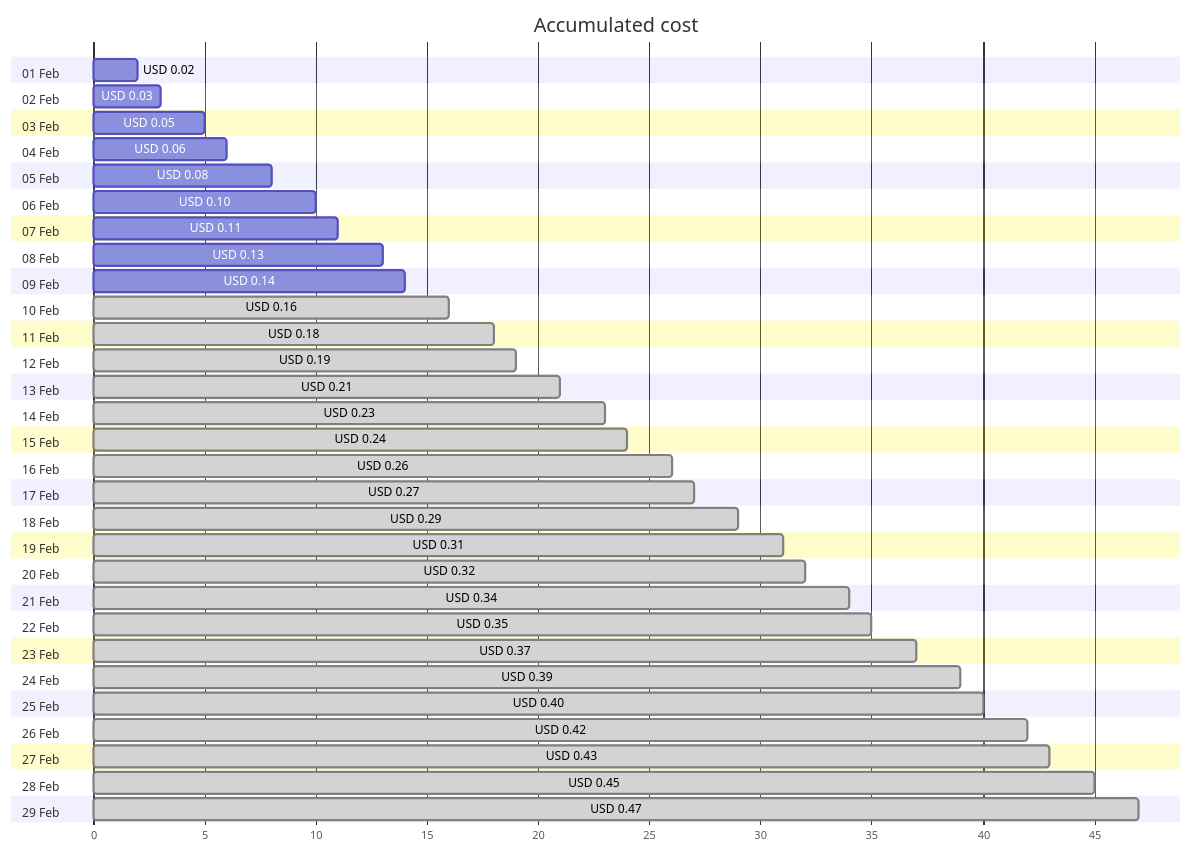
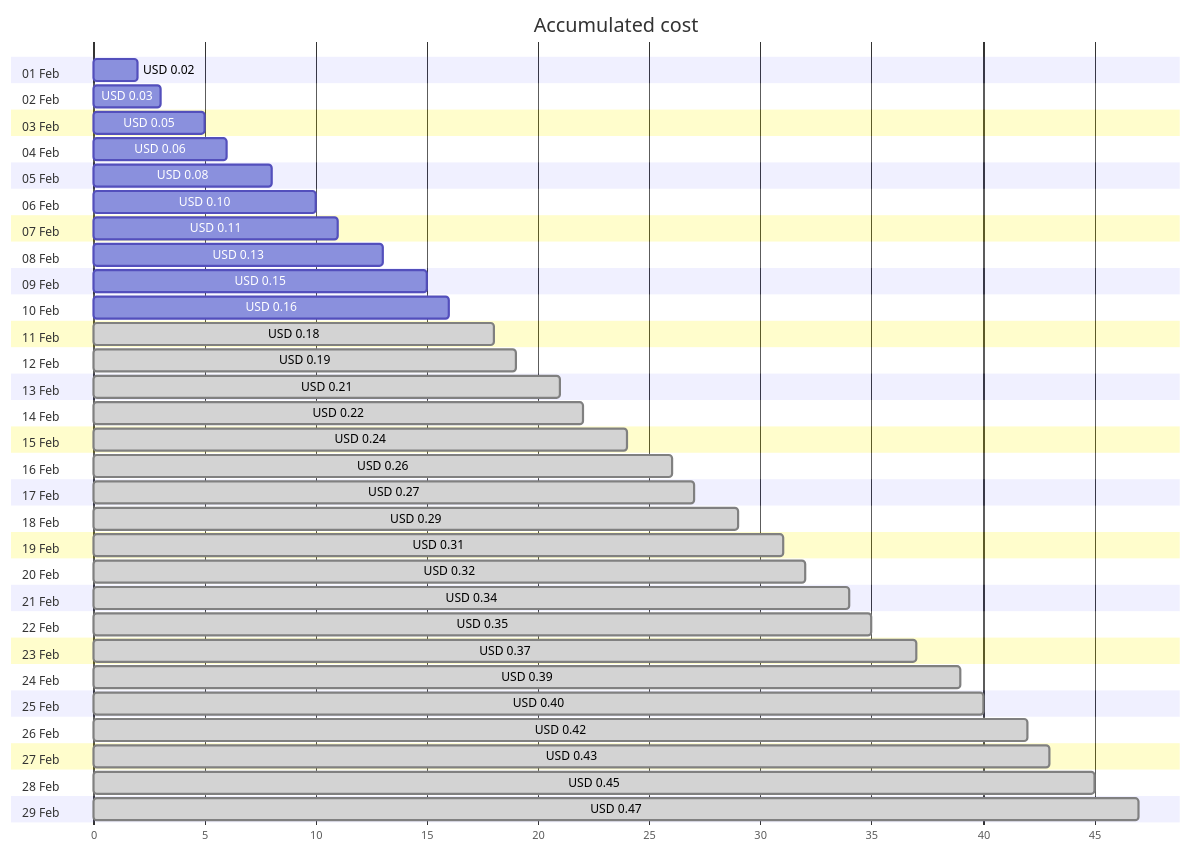
Before and after one commit to jpfulton/azure-personal-reports: the first of 4 diagrams in cost-reports/personal-network/private.jpatrickfulton.com.md, drawn with Mermaid. The commit also changed other lines of this file and 8 other files, not shown here.

````diff
--- a/cost-reports/personal-network/private.jpatrickfulton.com.md
+++ b/cost-reports/personal-network/private.jpatrickfulton.com.md
@@ -20,64 +20,64 @@
 ```mermaid
 gantt
    title Accumulated cost
    dateFormat  X
    axisFormat %s
    section 01 Feb
    USD 0.02 :0, 2
    section 02 Feb
    USD 0.03 :0, 3
    section 03 Feb
    USD 0.05 :0, 5
    section 04 Feb
    USD 0.06 :0, 6
    section 05 Feb
    USD 0.08 :0, 8
    section 06 Feb
    USD 0.10 :0, 10
    section 07 Feb
    USD 0.11 :0, 11
    section 08 Feb
    USD 0.13 :0, 13
    section 09 Feb
-   USD 0.14 :0, 14
+   USD 0.15 :0, 15
    section 10 Feb
-   USD 0.16 : done, 0, 16
+   USD 0.16 :0, 16
    section 11 Feb
    USD 0.18 : done, 0, 18
    section 12 Feb
    USD 0.19 : done, 0, 19
    section 13 Feb
    USD 0.21 : done, 0, 21
    section 14 Feb
-   USD 0.23 : done, 0, 23
+   USD 0.22 : done, 0, 22
    section 15 Feb
    USD 0.24 : done, 0, 24
    section 16 Feb
    USD 0.26 : done, 0, 26
    section 17 Feb
    USD 0.27 : done, 0, 27
    section 18 Feb
    USD 0.29 : done, 0, 29
    section 19 Feb
    USD 0.31 : done, 0, 31
    section 20 Feb
    USD 0.32 : done, 0, 32
    section 21 Feb
    USD 0.34 : done, 0, 34
    section 22 Feb
    USD 0.35 : done, 0, 35
    section 23 Feb
    USD 0.37 : done, 0, 37
    section 24 Feb
    USD 0.39 : done, 0, 39
    section 25 Feb
    USD 0.40 : done, 0, 40
    section 26 Feb
    USD 0.42 : done, 0, 42
    section 27 Feb
    USD 0.43 : done, 0, 43
    section 28 Feb
    USD 0.45 : done, 0, 45
    section 29 Feb
    USD 0.47 : done, 0, 47
 ```
````
